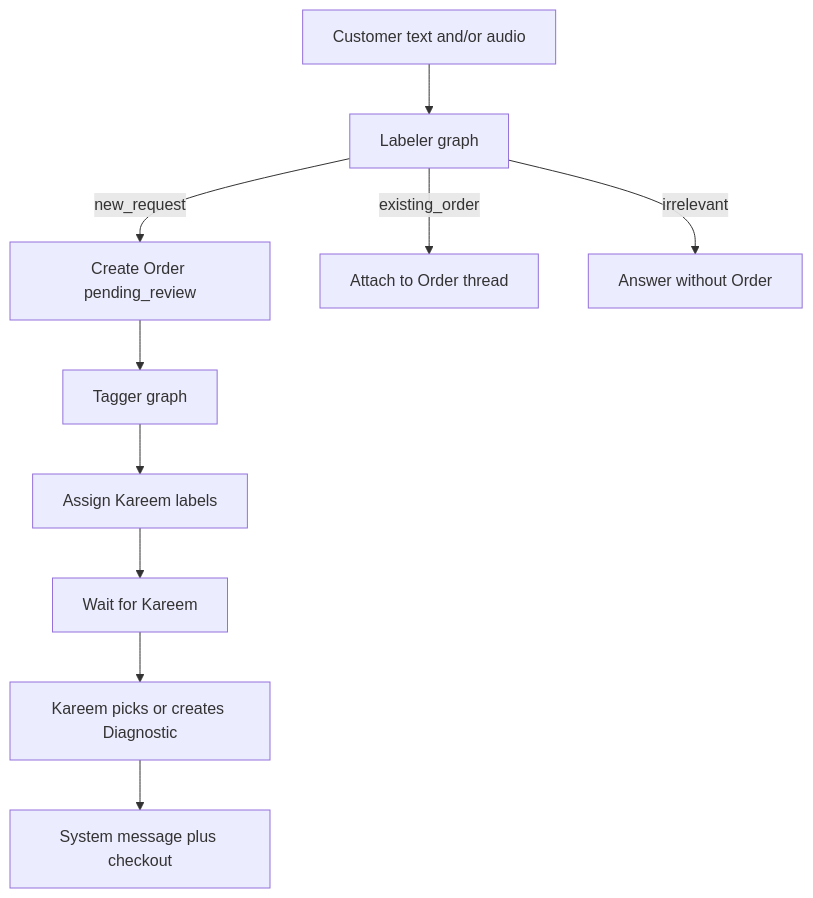
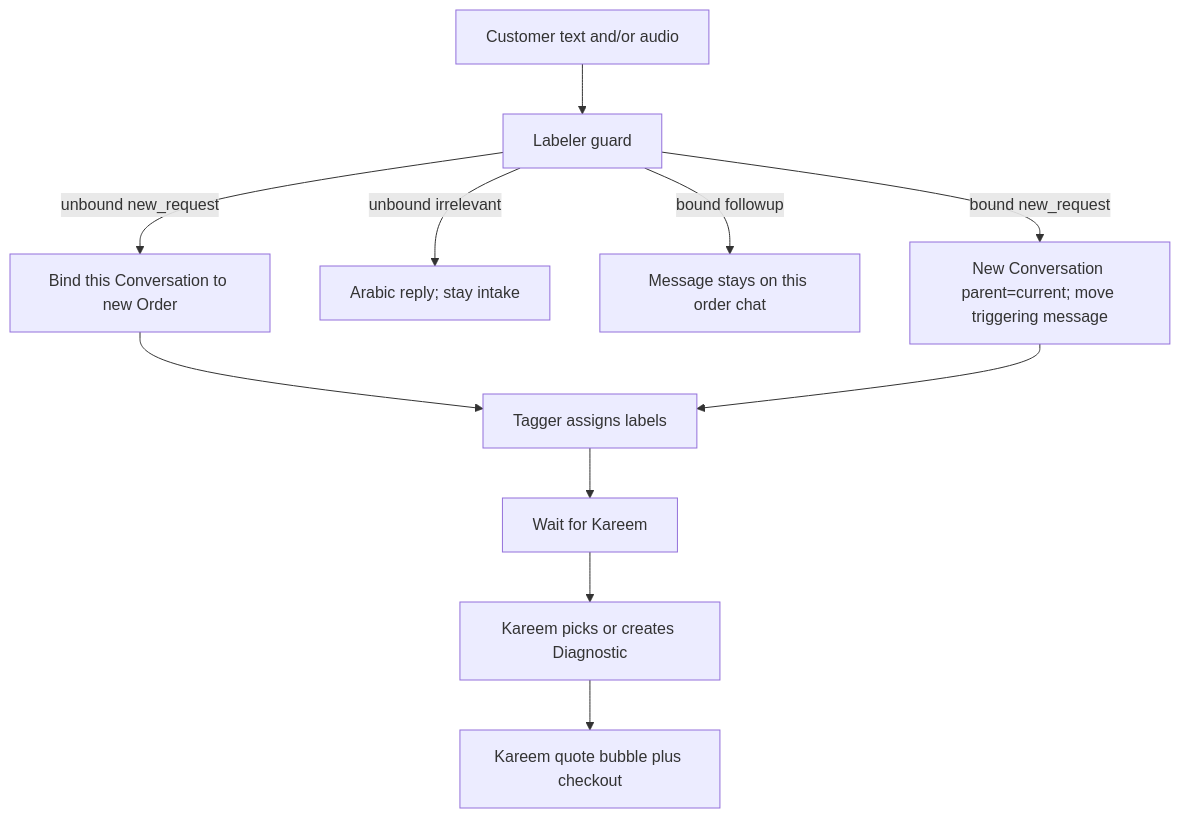
The third of 3 diagrams in AGENTS.md (Yussof-Waleed/Buildathon-2.0), drawn with Mermaid before and after one commit. The commit also changed other lines of this file and 49 other files, not shown here.

````diff
--- a/AGENTS.md
+++ b/AGENTS.md
@@ -204,12 +205,13 @@
 ```mermaid
 flowchart TD
-  Msg[Customer text and/or audio] --> Labeler[Labeler graph]
-  Labeler -->|new_request| NewOrder[Create Order pending_review]
-  Labeler -->|existing_order| Attach[Attach to Order thread]
-  Labeler -->|irrelevant| Reply[Answer without Order]
-  NewOrder --> Tagger[Tagger graph]
-  Tagger --> Labels[Assign Kareem labels]
-  Labels --> Wait[Wait for Kareem]
+  Msg[Customer text and/or audio] --> Labeler[Labeler guard]
+  Labeler -->|unbound new_request| Bind[Bind this Conversation to new Order]
+  Labeler -->|unbound irrelevant| Reply[Arabic reply; stay intake]
+  Labeler -->|bound followup| Stay[Message stays on this order chat]
+  Labeler -->|bound new_request| Fork[New Conversation parent=current; move triggering message]
+  Bind --> Tagger[Tagger assigns labels]
+  Fork --> Tagger
+  Tagger --> Wait[Wait for Kareem]
   Wait --> Quote[Kareem picks or creates Diagnostic]
-  Quote --> Notify[System message plus checkout]
+  Quote --> Notify[Kareem quote bubble plus checkout]
 ```
````
